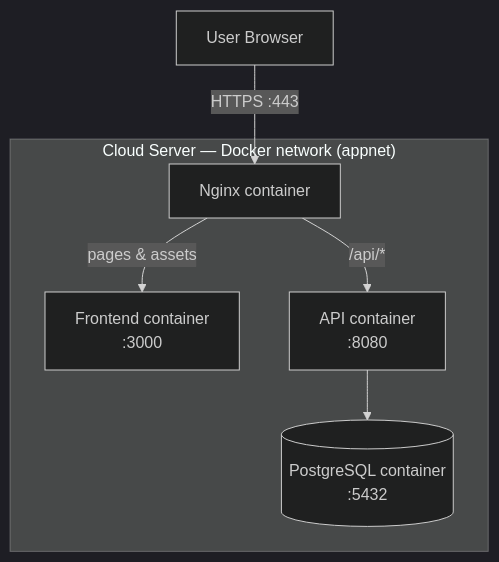
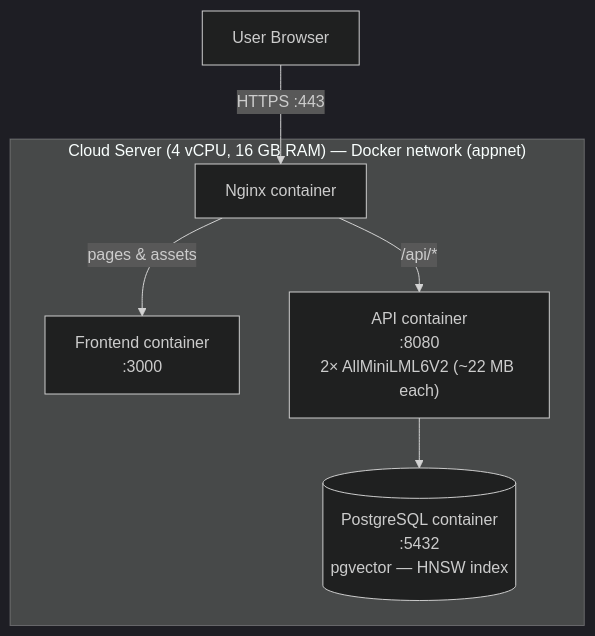
Before and after one commit to Kroplewski-M/student_showcase: the fifth of 6 diagrams in README.md, drawn with Mermaid (dark theme). The commit also changed other lines of this file, not shown here.

````diff
--- a/README.md
+++ b/README.md
@@ -160,15 +199,15 @@
 ```mermaid
 graph TD
     Browser["User Browser"] -->|"HTTPS :443"| Nginx
 
-    subgraph host["Cloud Server — Docker network (appnet)"]
+    subgraph host["Cloud Server (4 vCPU, 16 GB RAM) — Docker network (appnet)"]
         Nginx["Nginx container"]
         FE["Frontend container\n:3000"]
-        API["API container\n:8080"]
-        DB[("PostgreSQL container\n:5432")]
+        API["API container\n:8080\n2× AllMiniLML6V2 (~22 MB each)"]
+        DB[("PostgreSQL container\n:5432\npgvector — HNSW index")]
 
         Nginx -->|pages & assets| FE
         Nginx -->|"/api/*"| API
         API --> DB
     end
 ```
````
